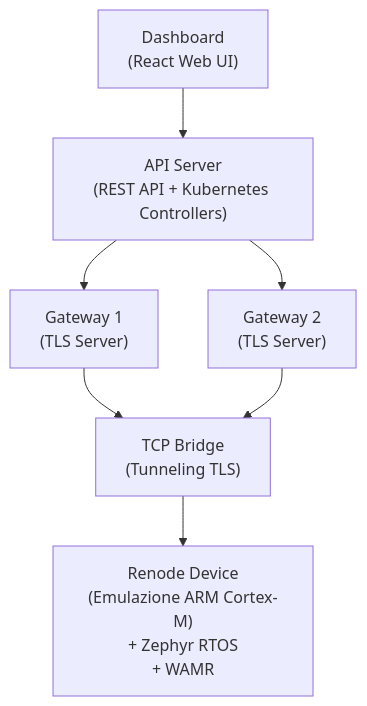
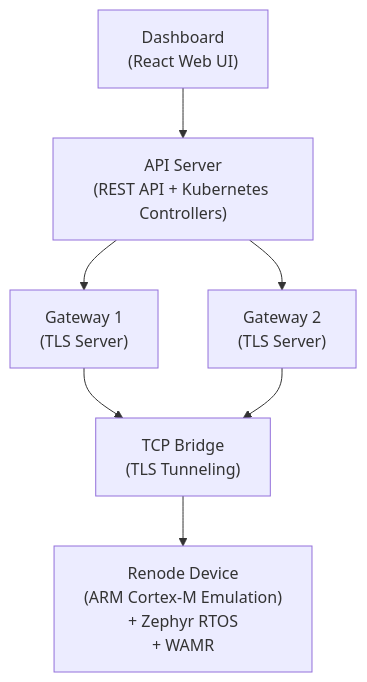
One commit to lucadagati/retrospect changed the first of 3 diagrams in doc/README.md. Above: the diagram before and after it, drawn with Mermaid. The commit also changed other lines of this file and 1 other file, not shown here.

First line of the commit message:
doc: Rewrite README and ARCHITECTURE in English with detailed component descriptions

````diff
--- a/doc/README.md
+++ b/doc/README.md
@@ -27,16 +29,16 @@
 ```mermaid
 graph TB
     Dashboard["Dashboard<br/>(React Web UI)"]
     APIServer["API Server<br/>(REST API + Kubernetes Controllers)"]
     Gateway1["Gateway 1<br/>(TLS Server)"]
     Gateway2["Gateway 2<br/>(TLS Server)"]
-    TCPBridge["TCP Bridge<br/>(Tunneling TLS)"]
-    Device["Renode Device<br/>(Emulazione ARM Cortex-M)<br/>+ Zephyr RTOS<br/>+ WAMR"]
+    TCPBridge["TCP Bridge<br/>(TLS Tunneling)"]
+    Device["Renode Device<br/>(ARM Cortex-M Emulation)<br/>+ Zephyr RTOS<br/>+ WAMR"]
     
     Dashboard --> APIServer
     APIServer --> Gateway1
     APIServer --> Gateway2
     Gateway1 --> TCPBridge
     Gateway2 --> TCPBridge
     TCPBridge --> Device
 ```
````
